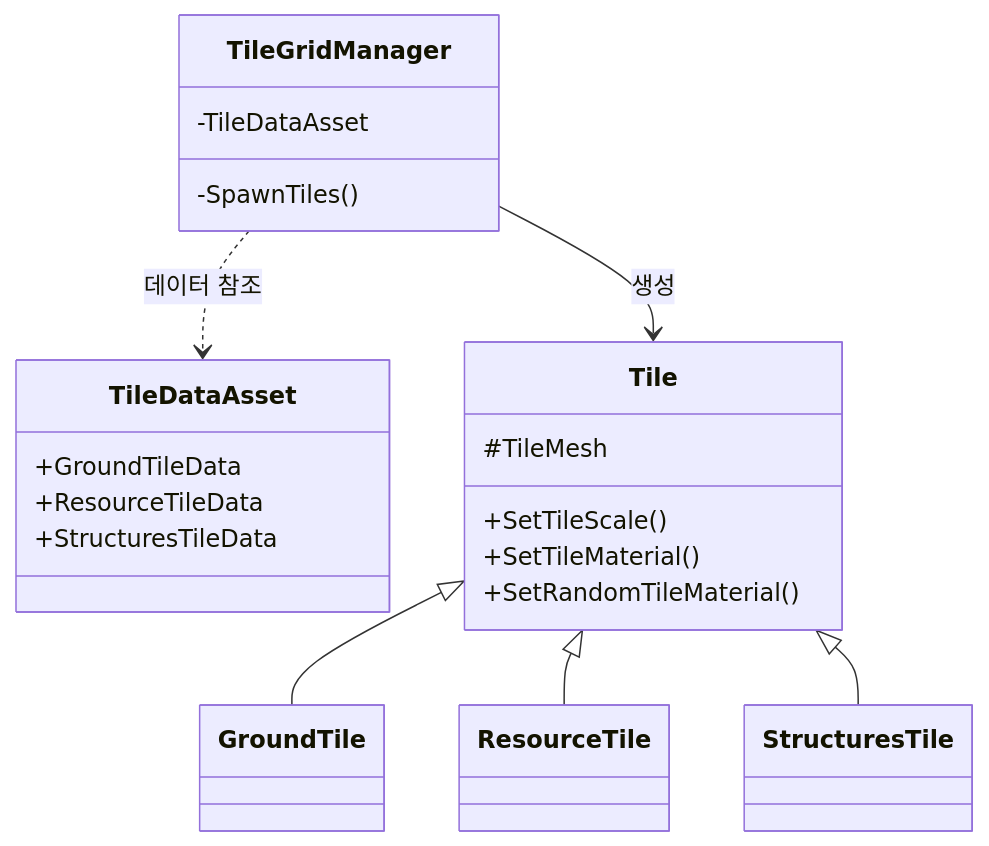
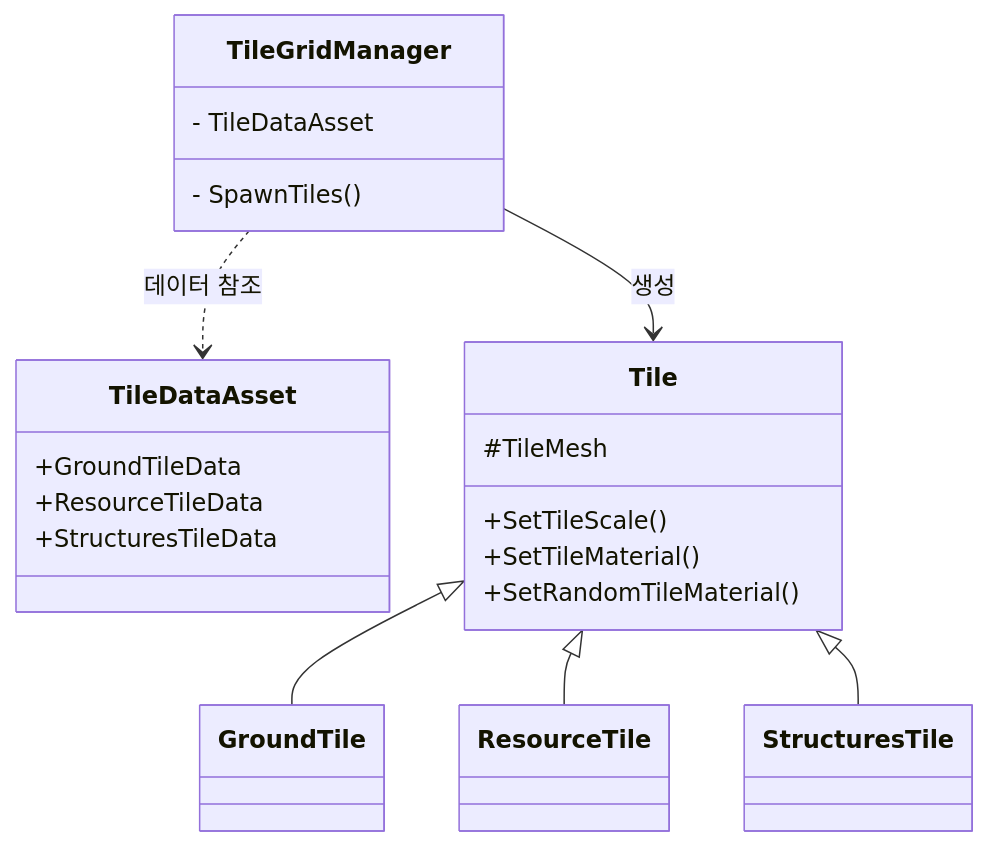
One commit to WJMcode/Project_CavesBasic changed the first of 4 diagrams in README.md. Above: the diagram before and after it, drawn with Mermaid.

````diff
--- a/README.md
+++ b/README.md
@@ -1,27 +1,27 @@
 ```mermaid
 classDiagram
     class TileGridManager {
-        -TileDataAsset
-        -SpawnTiles()
+        - TileDataAsset
+        - SpawnTiles()
     }
     class TileDataAsset {
         +GroundTileData
         +ResourceTileData
         +StructuresTileData
     }
     class Tile {
         #TileMesh
         +SetTileScale()
         +SetTileMaterial()
         +SetRandomTileMaterial()
     }
     class GroundTile
     class ResourceTile
     class StructuresTile
 
     TileGridManager ..> TileDataAsset : 데이터 참조
     TileGridManager --> Tile : 생성
     Tile <|-- GroundTile
     Tile <|-- ResourceTile
     Tile <|-- StructuresTile
 ```
````
